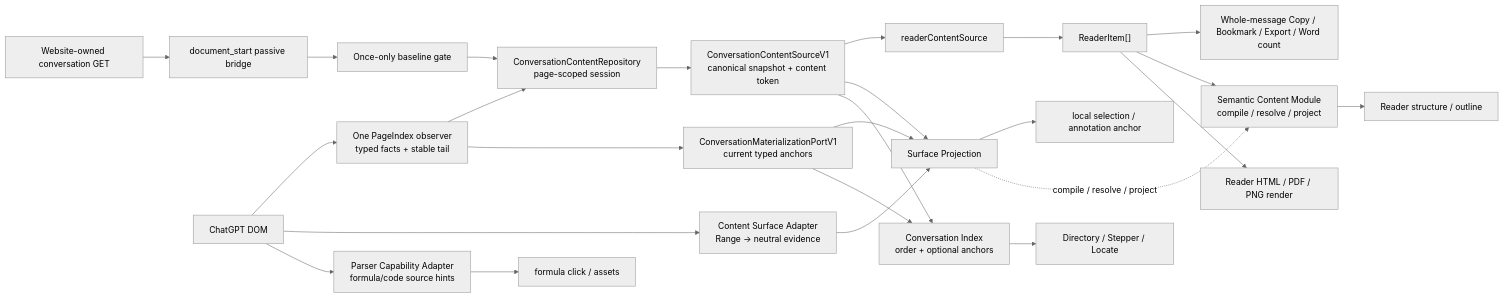
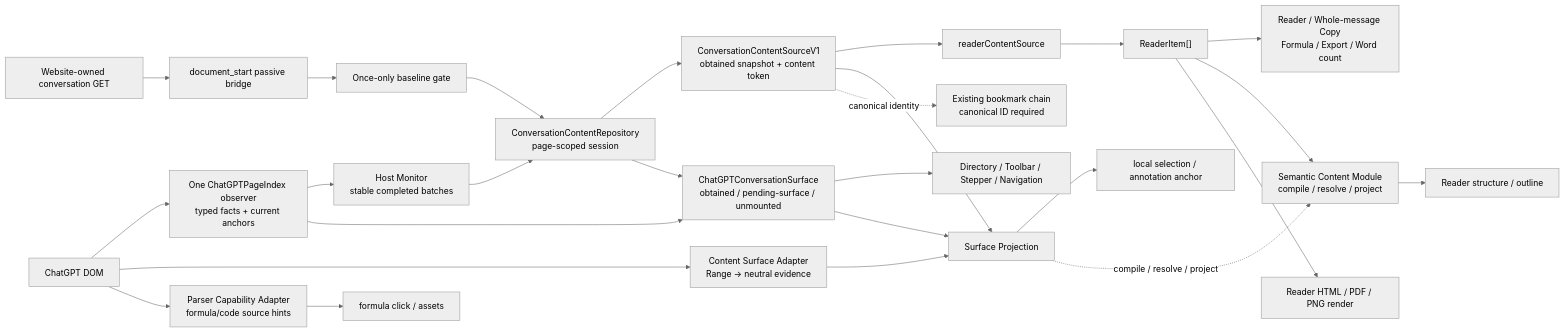
One commit to zhaoliangbin42/AI-MarkDone changed the diagram in docs/architecture/BLUEPRINT.md. Above: the diagram before and after it, drawn with Mermaid (neutral theme). The commit also changed other lines of this file and 81 other files, not shown here.

````diff
--- a/docs/architecture/BLUEPRINT.md
+++ b/docs/architecture/BLUEPRINT.md
@@ -106,41 +103,42 @@
 ```mermaid
 flowchart LR
     GET["Website-owned conversation GET"]
     Bridge["document_start passive bridge"]
     Gate["Once-only baseline gate"]
     DOM["ChatGPT DOM"]
-    Monitor["One PageIndex observer<br/>typed facts + stable tail"]
+    PageIndex["One ChatGPTPageIndex observer<br/>typed facts + current anchors"]
+    Monitor["Host Monitor<br/>stable completed batches"]
     Session["ConversationContentRepository<br/>page-scoped session"]
-    ContentPort["ConversationContentSourceV1<br/>canonical snapshot + content token"]
-    Materialization["ConversationMaterializationPortV1<br/>current typed anchors"]
+    ContentPort["ConversationContentSourceV1<br/>obtained snapshot + content token"]
+    ConversationSurface["ChatGPTConversationSurface<br/>obtained / pending-surface / unmounted"]
     Semantic["Semantic Content Module<br/>compile / resolve / project"]
     ReaderSource["readerContentSource"]
     ReaderItems["ReaderItem[]"]
-    Body["Whole-message Copy / Bookmark / Export / Word count"]
+    Body["Reader / Whole-message Copy<br/>Formula / Export / Word count"]
+    SurfaceConsumers["Directory / Toolbar / Stepper / Navigation"]
+    Bookmark["Existing bookmark chain<br/>canonical ID required"]
     Structure["Reader structure / outline"]
     Render["Reader HTML / PDF / PNG render"]
 
     SurfaceAdapter["Content Surface Adapter<br/>Range -> neutral evidence"]
     SurfaceProjection["Surface Projection"]
     ParserAdapter["Parser Capability Adapter<br/>formula/code source hints"]
     Formula["formula click / assets"]
     Selection["local selection / annotation anchor"]
-    ConversationIndex["Conversation Index<br/>order + optional anchors"]
-    Navigation["Directory / Stepper / Locate"]
-
     GET --> Bridge --> Gate --> Session
-    DOM --> Monitor --> Session
-    Monitor --> Materialization
+    DOM --> PageIndex --> Monitor --> Session
     Session --> ContentPort
+    Session --> ConversationSurface
+    PageIndex --> ConversationSurface
+    ConversationSurface --> SurfaceConsumers
     ContentPort --> ReaderSource --> ReaderItems
     ReaderItems --> Body
     ReaderItems --> Semantic --> Structure
     ReaderItems --> Render
     DOM --> SurfaceAdapter --> SurfaceProjection
-    Materialization --> SurfaceProjection
+    ConversationSurface --> SurfaceProjection
     ContentPort --> SurfaceProjection --> Selection
     SurfaceProjection -. "compile / resolve / project" .-> Semantic
     DOM --> ParserAdapter --> Formula
-    ContentPort --> ConversationIndex --> Navigation
-    Materialization --> ConversationIndex
+    ContentPort -. "canonical identity" .-> Bookmark
 ```
````
